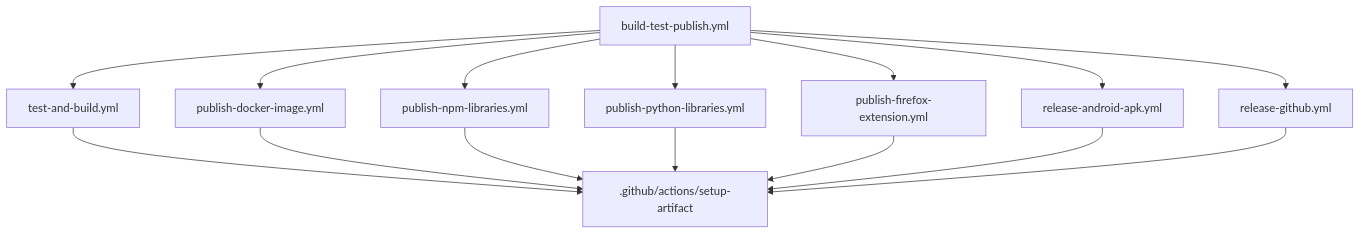
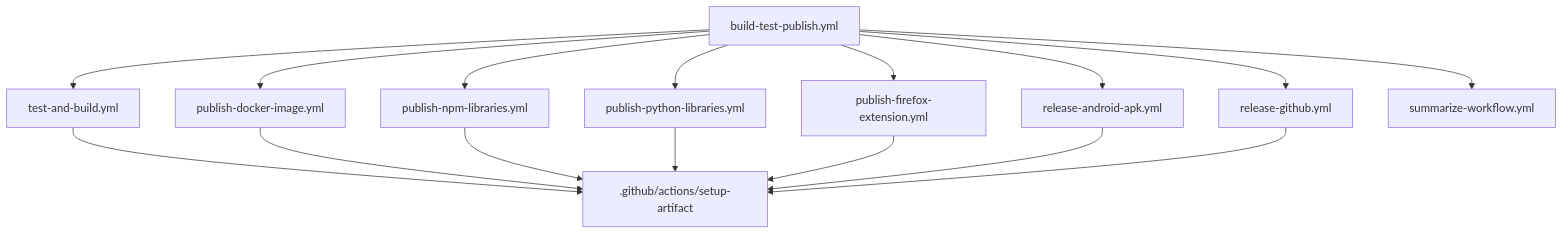
Before and after one commit to tehw0lf/workflows: the diagram in README.md, drawn with Mermaid. The commit also changed other lines of this file and 10 other files, not shown here.

````diff
--- a/README.md
+++ b/README.md
@@ -273,18 +293,19 @@
 ```mermaid
 graph TD
     A[build-test-publish.yml] --> B[test-and-build.yml]
     A --> C[publish-docker-image.yml]
     A --> D[publish-npm-libraries.yml]
     A --> E[publish-python-libraries.yml]
     A --> F[publish-firefox-extension.yml]
     A --> G[release-android-apk.yml]
     A --> H[release-github.yml]
-    
+    A --> J[summarize-workflow.yml]
+
     B --> I[.github/actions/setup-artifact]
     C --> I
     D --> I
     E --> I
     F --> I
     G --> I
     H --> I
 ```
````
